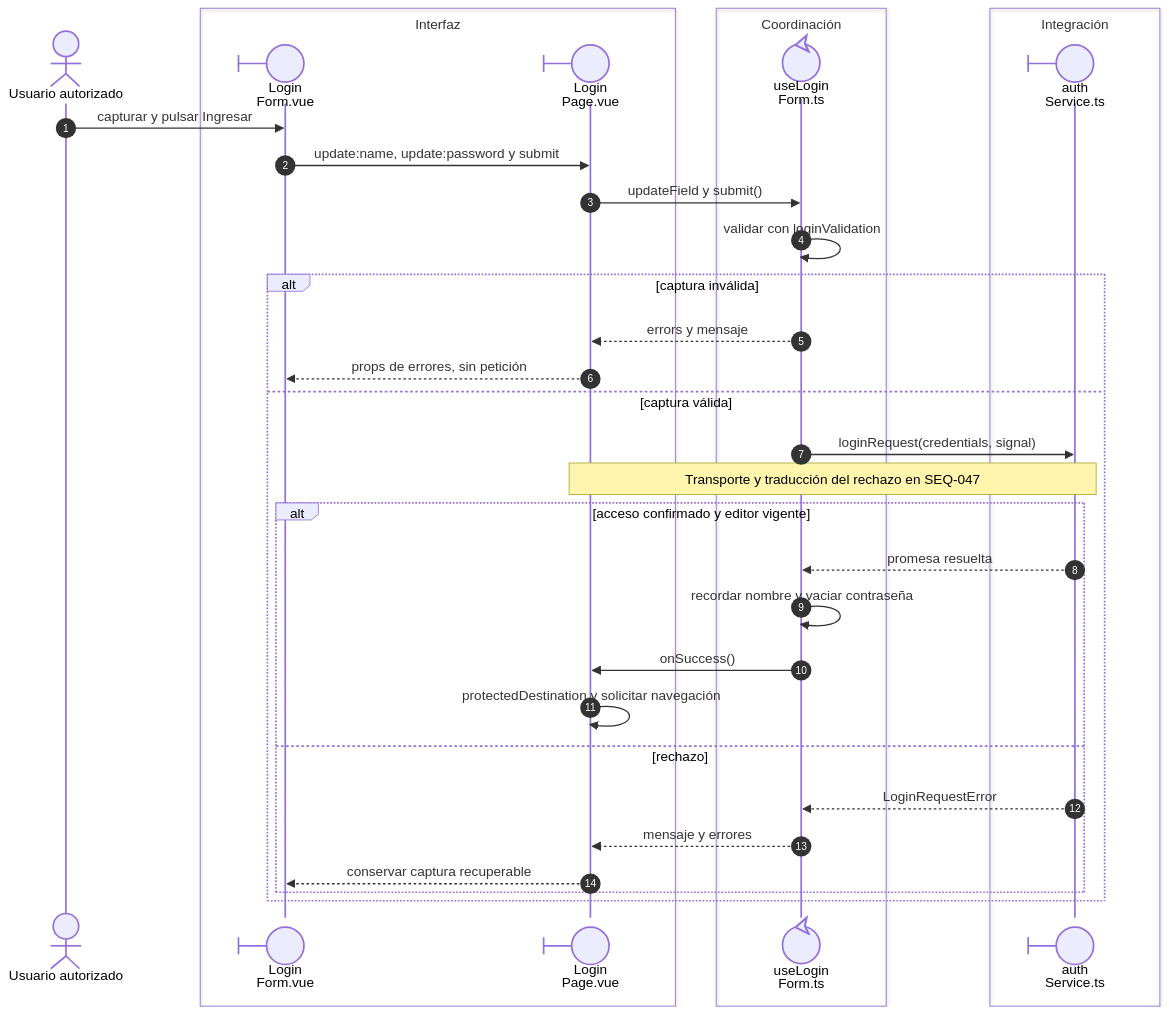
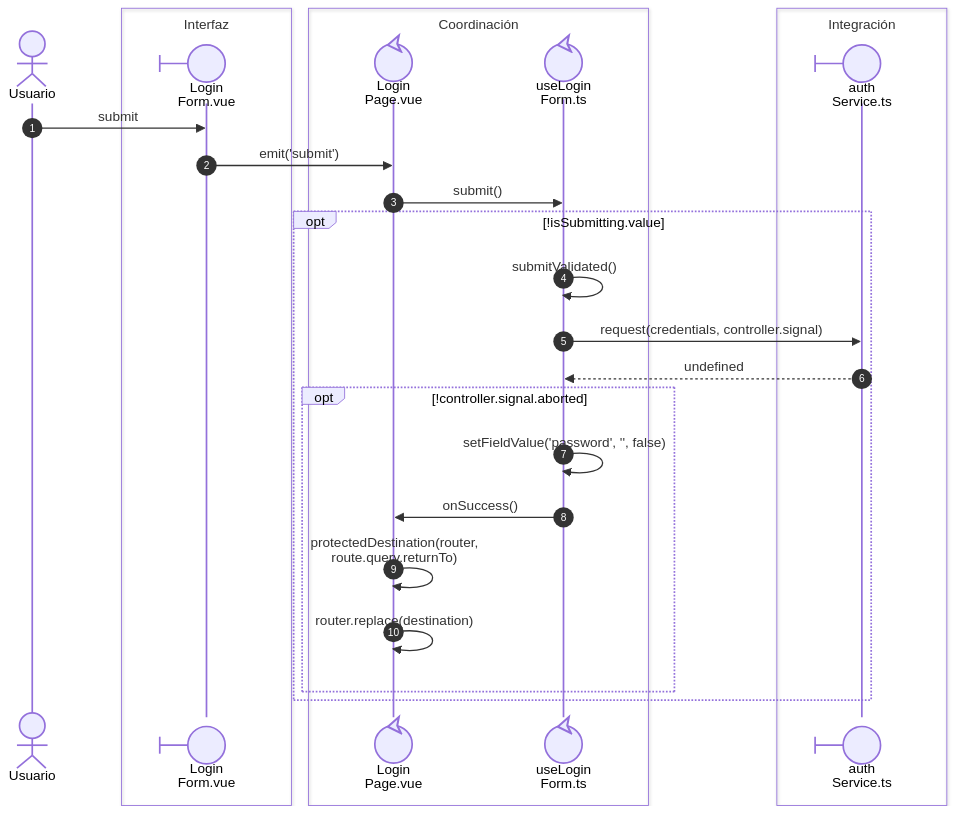
Before and after one commit to gpgsistemas01/nexus: the first of 4 diagrams in front/docs/architecture/views/processes/01-session/02-login.md, drawn with Mermaid. The commit also changed other lines of this file and 43 other files, not shown here.

````diff
--- a/front/docs/architecture/views/processes/01-session/02-login.md
+++ b/front/docs/architecture/views/processes/01-session/02-login.md
@@ -13,36 +9,29 @@
 ```mermaid
 sequenceDiagram
     autonumber
-    actor U as Usuario autorizado
+    actor U as Usuario
     box Interfaz
     participant Form@{ "type": "boundary" } as Login<br/>Form.vue
-    participant Page@{ "type": "boundary" } as Login<br/>Page.vue
     end
     box Coordinación
+    participant Page@{ "type": "control" } as Login<br/>Page.vue
     participant Editor@{ "type": "control" } as useLogin<br/>Form.ts
     end
     box Integración
     participant Service@{ "type": "boundary" } as auth<br/>Service.ts
     end
-    U->>Form: capturar y pulsar Ingresar
-    Form->>Page: update:name, update:password y submit
-    Page->>Editor: updateField y submit()
-    Editor->>Editor: validar con loginValidation
-    alt captura inválida
-        Editor-->>Page: errors y mensaje
-        Page-->>Form: props de errores, sin petición
-    else captura válida
-        Editor->>Service: loginRequest(credentials, signal)
-        Note over Page,Service: Transporte y traducción del rechazo en SEQ-047
-        alt acceso confirmado y editor vigente
-            Service-->>Editor: promesa resuelta
-            Editor->>Editor: recordar nombre y vaciar contraseña
-            Editor->>Page: onSuccess()
-            Page->>Page: protectedDestination y solicitar navegación
-        else rechazo
-            Service-->>Editor: LoginRequestError
-            Editor-->>Page: mensaje y errores
-            Page-->>Form: conservar captura recuperable
+    U->>Form: nowrap: submit
+    Form->>Page: nowrap: emit('submit')
+    Page->>Editor: nowrap: submit()
+    opt nowrap: !isSubmitting.value
+        Editor->>Editor: nowrap: submitValidated()
+        Editor->>Service: nowrap: request(credentials, controller.signal)
+        Service-->>Editor: nowrap: undefined
+        opt nowrap: !controller.signal.aborted
+            Editor->>Editor: nowrap: setFieldValue('password', '', false)
+            Editor->>Page: nowrap: onSuccess()
+            Page->>Page: nowrap: protectedDestination(router,<br/>route.query.returnTo)
+            Page->>Page: nowrap: router.replace(destination)
         end
     end
 ```
````
